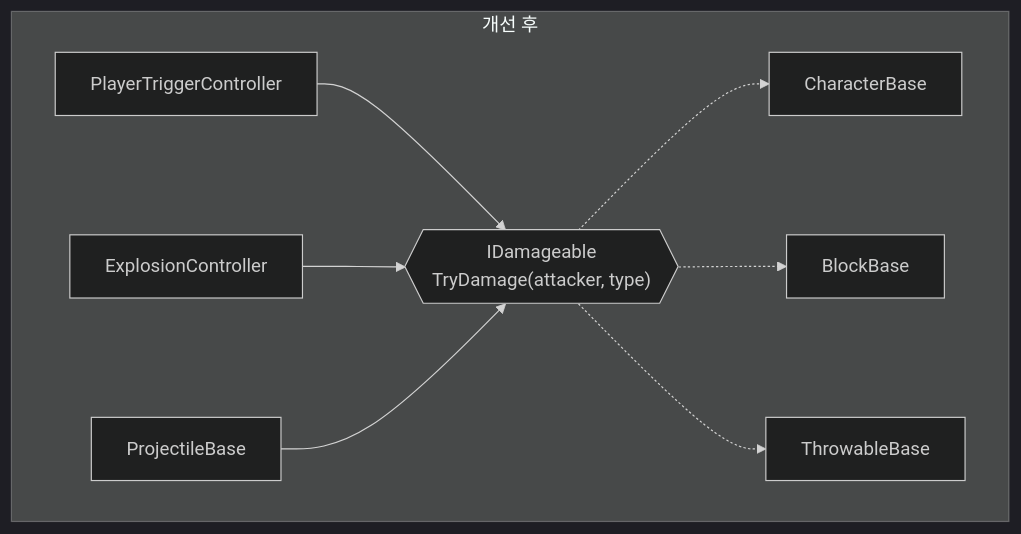
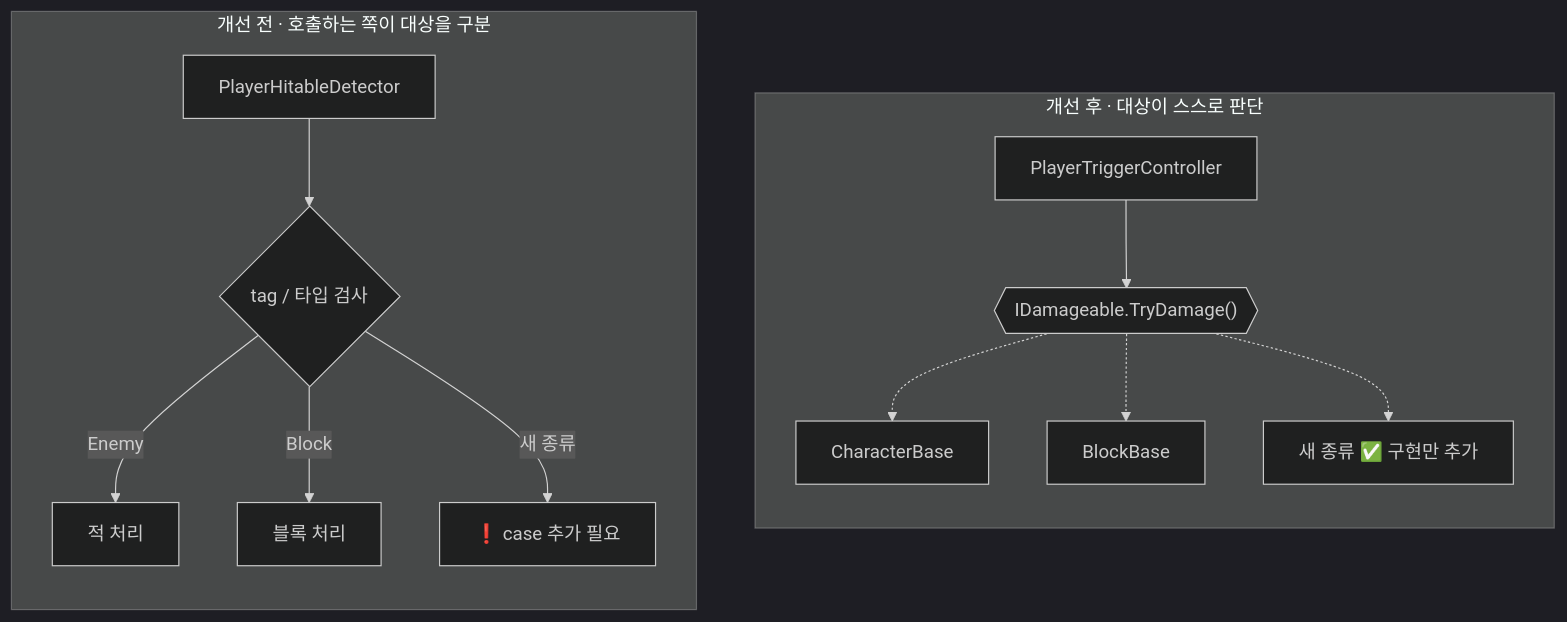
One commit to slshan0597/Portfolio-Development-of-a-3D-Platformer-Game-using-the-Unity changed the diagram in README.md. Above: the diagram before and after it, drawn with Mermaid (dark theme). The commit also changed other lines of this file, not shown here.

````diff
--- a/README.md
+++ b/README.md
@@ -95,12 +96,18 @@
 ```mermaid
 flowchart LR
-    subgraph After["개선 후"]
-        direction LR
-        A1[PlayerTriggerController] --> I{{"IDamageable<br/>TryDamage(attacker, type)"}}
-        A2[ExplosionController] --> I
-        A3[ProjectileBase] --> I
+    subgraph Before["개선 전 · 호출하는 쪽이 대상을 구분"]
+        direction TB
+        P1[PlayerHitableDetector] --> Q{"tag / 타입 검사"}
+        Q -- Enemy --> E1[적 처리]
+        Q -- Block --> E2[블록 처리]
+        Q -- "새 종류" --> E3["❗ case 추가 필요"]
+    end
+    subgraph After["개선 후 · 대상이 스스로 판단"]
+        direction TB
+        P2[PlayerTriggerController] --> I{{"IDamageable.TryDamage()"}}
         I -.-> C1[CharacterBase]
         I -.-> C2[BlockBase]
-        I -.-> C3[ThrowableBase]
+        I -.-> C3["새 종류 ✅ 구현만 추가"]
     end
+    Before ~~~ After
 ```
````
